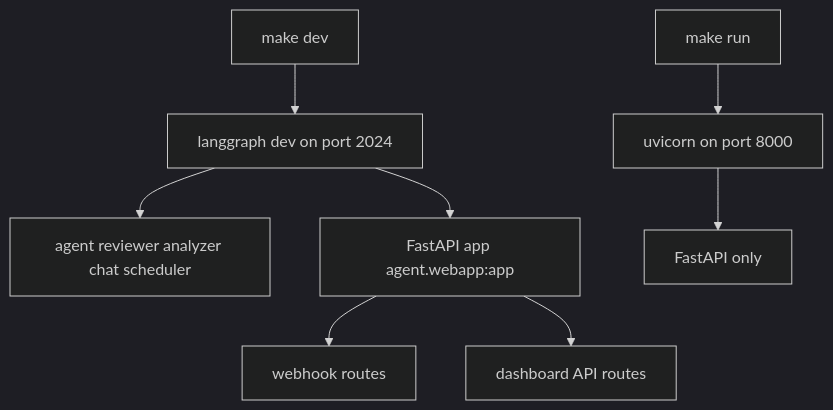
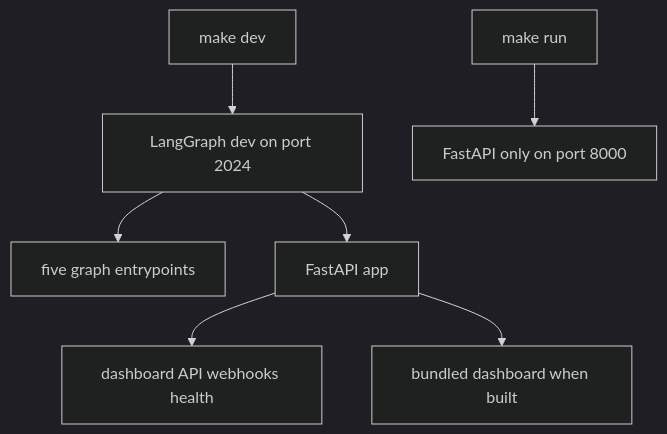
One commit to langchain-ai/open-swe changed the first of 2 diagrams in openwiki/operations/deployment.md. Above: the diagram before and after it, drawn with Mermaid (dark theme). The commit also changed other lines of this file and 52 other files, not shown here.

````diff
--- a/openwiki/operations/deployment.md
+++ b/openwiki/operations/deployment.md
@@ -72,10 +88,9 @@
 ```mermaid
 flowchart TD
-  Dev["make dev"] --> Runtime["langgraph dev on port 2024"]
-  Runtime --> Graphs["agent reviewer analyzer chat scheduler"]
-  Runtime --> App["FastAPI app agent.webapp:app"]
-  App --> Hooks["webhook routes"]
-  App --> Dashboard["dashboard API routes"]
-  Direct["make run"] --> Uvicorn["uvicorn on port 8000"]
-  Uvicorn --> HttpOnly["FastAPI only"]
+  Full["make dev"] --> LG["LangGraph dev on port 2024"]
+  LG --> Graphs["five graph entrypoints"]
+  LG --> API["FastAPI app"]
+  API --> Routes["dashboard API webhooks health"]
+  API --> UI["bundled dashboard when built"]
+  HTTP["make run"] --> Uvicorn["FastAPI only on port 8000"]
 ```
````
